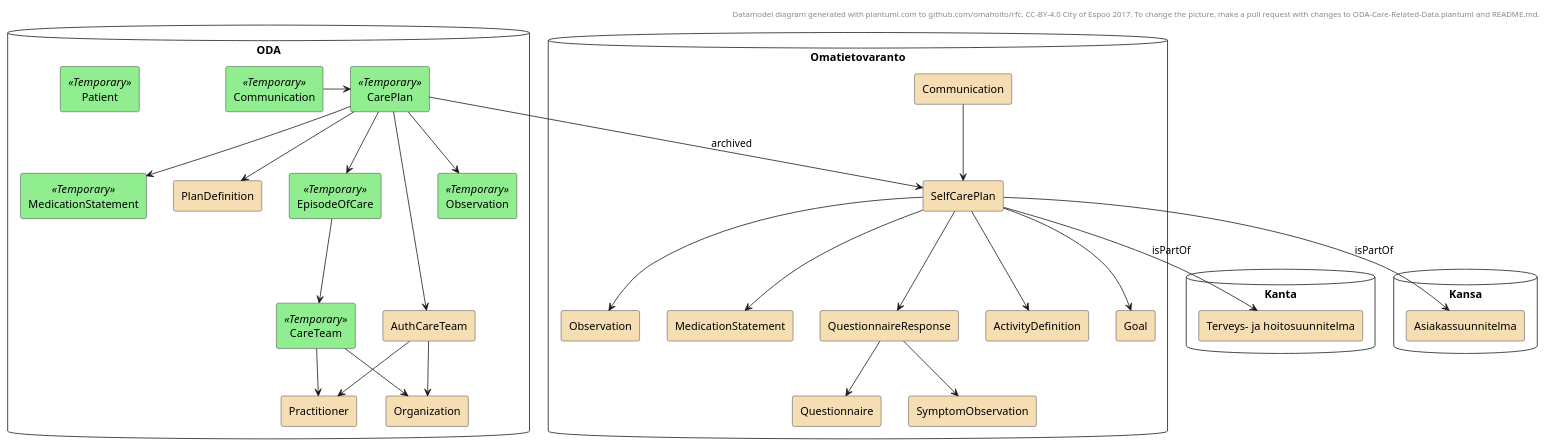
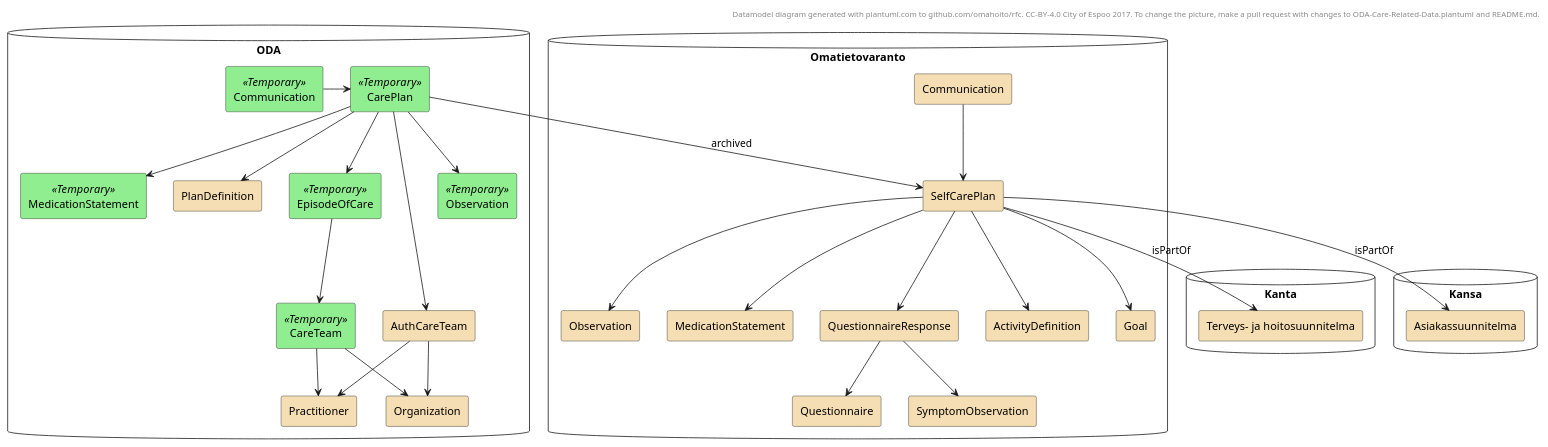
The diagram in ODA-Care-Related-Data.plantuml (omahoito/rfc), drawn with PlantUML before and after one commit.

Commit message:
Small fix: removed patient

```diff
--- a/ODA-Care-Related-Data.plantuml
+++ b/ODA-Care-Related-Data.plantuml
@@ -1,85 +1,85 @@
 @startuml
 
 header
 Datamodel diagram generated with plantuml.com to github.com/omahoito/rfc. \
 CC-BY-4.0 City of Espoo 2017. \
 To change the picture, make a pull request with changes to ODA-Care-Related-Data.plantuml and README.md.
 endheader
 
 
 skinparam rectangle {
     BackgroundColor Wheat
 }
 
 skinparam rectangle {
 	BackgroundColor<<Temporary>> LightGreen
 }
 
 database ODA {
 
 rectangle PlanDefinition as odaplandefinition
 rectangle AuthCareTeam as odaauthteam
 rectangle CareTeam <<Temporary>> as odacareteam
 rectangle CarePlan <<Temporary>> as odacareplan
 rectangle EpisodeOfCare <<Temporary>> as odaeoc
 rectangle Practitioner
 rectangle Observation <<Temporary>> as odaobs
 rectangle MedicationStatement <<Temporary>> as odamed
 rectangle Organization as odaorg
 rectangle Communication <<Temporary>> as odacomment
-rectangle Patient <<Temporary>> as odapatient
+
 }
 
 odacareplan --> odaeoc
 odaeoc --> odacareteam
 odacareteam --> Practitioner
 odacareteam --> odaorg
 odacareplan --> odaauthteam
 odaauthteam --> Practitioner
 odacareplan --> odaobs
 odacareplan --> odamed
 odacareplan --> odaplandefinition
 odaauthteam --> odaorg
 odacomment -right-> odacareplan
 
 database Kanta {
 
 'rectangle Palvelutapahtuma
 rectangle "Terveys- ja hoitosuunnitelma" as ths
 } 
 
 database Kansa {
 rectangle Asiakassuunnitelma
 }
 
 
 database Omatietovaranto {
 
 rectangle SelfCarePlan as kelacareplan
 rectangle Questionnaire as q
 rectangle QuestionnaireResponse as qr
 rectangle ActivityDefinition as ac
 rectangle SymptomObservation as so
 rectangle Goal
 rectangle Observation as kelaobs
 rectangle MedicationStatement as kelamed
 rectangle Communication as kelacomment
 }
 
 kelacareplan --> kelaobs
 kelacareplan --> kelamed
 kelacareplan --> qr
 kelacomment --> kelacareplan
 odacareplan --> kelacareplan : archived
 
 'kelacareplan --> Palvelutapahtuma
 kelacareplan --> ac
 kelacareplan --> Goal
 kelacareplan --> ths : isPartOf
 kelacareplan --> Asiakassuunnitelma : isPartOf
 qr --> so
 
 qr -down-> q
 
 
 @enduml
```
